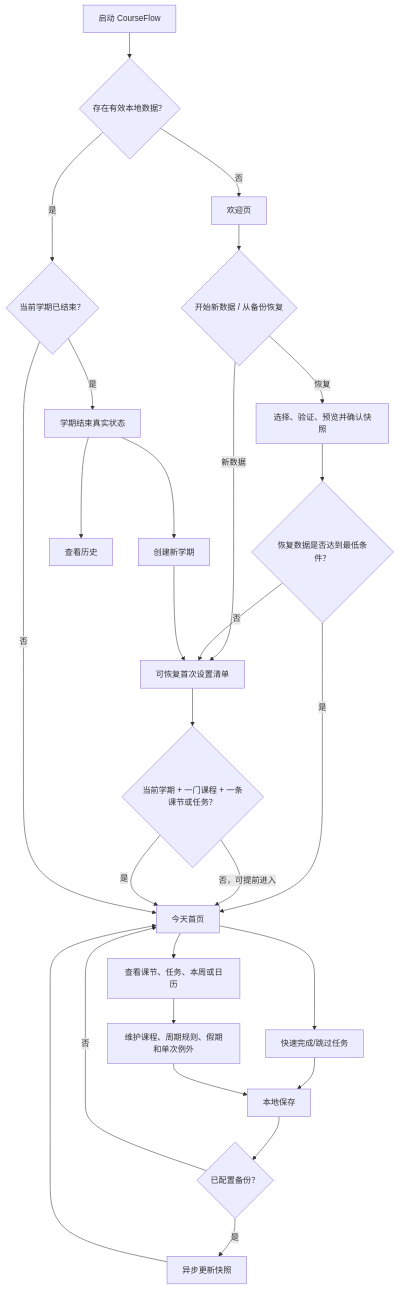
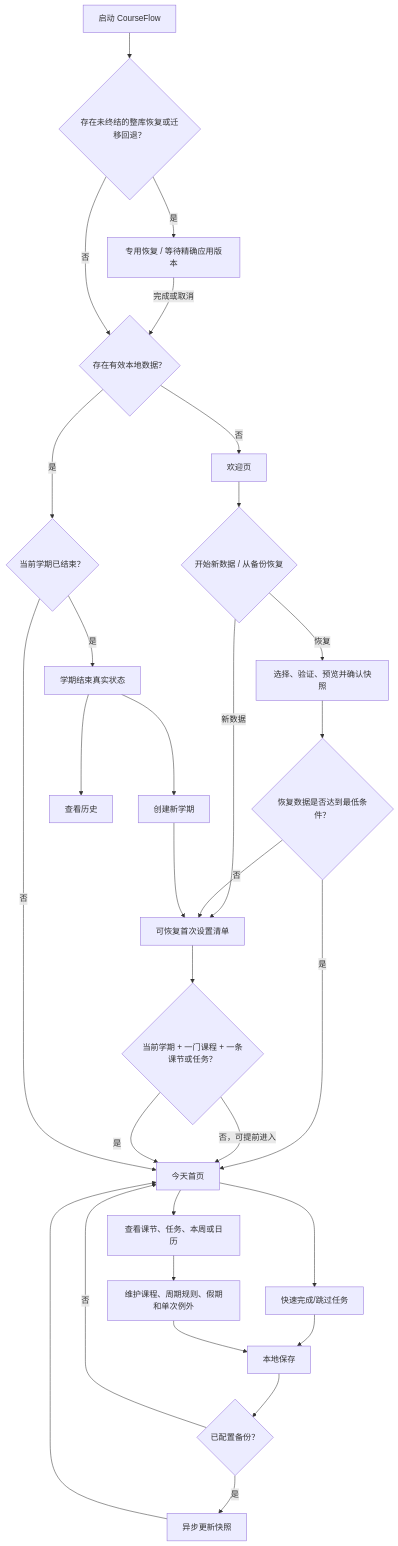
The diagram in docs/superpowers/specs/2026-08-17-user-flow-design.md (siruimei07/Course-Flow), drawn with Mermaid before and after one commit. The commit also changed other lines of this file and 21 other files, not shown here.

Commit message:
docs: record ADR-10 release architecture

````diff
--- a/docs/superpowers/specs/2026-08-17-user-flow-design.md
+++ b/docs/superpowers/specs/2026-08-17-user-flow-design.md
@@ -58,29 +59,32 @@
 ```mermaid
 flowchart TD
-    A["启动 CourseFlow"] --> B{"存在有效本地数据？"}
+    A["启动 CourseFlow"] --> A1{"存在未终结的整库恢复或迁移回退？"}
+    A1 -- "是" --> A2["专用恢复 / 等待精确应用版本"]
+    A2 -- "完成或取消" --> B{"存在有效本地数据？"}
+    A1 -- "否" --> B
     B -- "否" --> C["欢迎页"]
     C --> D{"开始新数据 / 从备份恢复"}
     D -- "新数据" --> E["可恢复首次设置清单"]
     D -- "恢复" --> F["选择、验证、预览并确认快照"]
     F --> G{"恢复数据是否达到最低条件？"}
     G -- "否" --> E
     G -- "是" --> H["今天首页"]
     E --> I{"当前学期 + 一门课程 + 一条课节或任务？"}
     I -- "否，可提前进入" --> H
     I -- "是" --> H
     H --> J["快速完成/跳过任务"]
     H --> K["查看课节、任务、本周或日历"]
     K --> L["维护课程、周期规则、假期和单次例外"]
     J --> M["本地保存"]
     L --> M
     M --> N{"已配置备份？"}
     N -- "是" --> O["异步更新快照"]
     N -- "否" --> H
     O --> H
     B -- "是" --> P{"当前学期已结束？"}
     P -- "否" --> H
     P -- "是" --> Q["学期结束真实状态"]
     Q --> R["查看历史"]
     Q --> S["创建新学期"]
     S --> E
 ```
````
